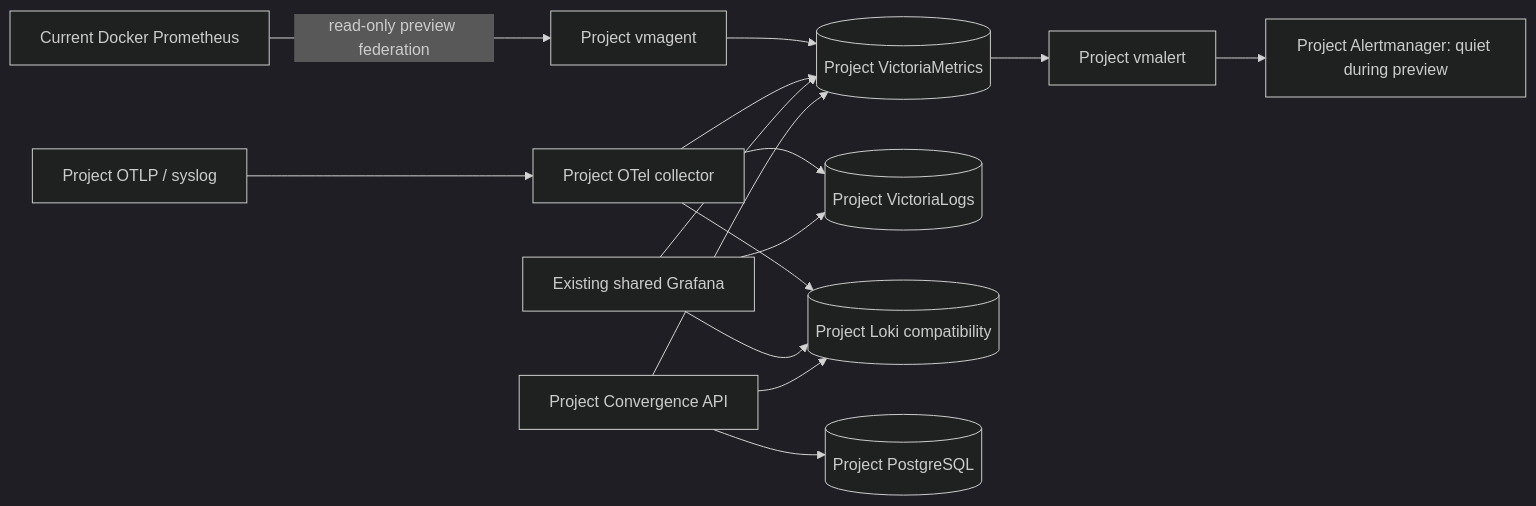
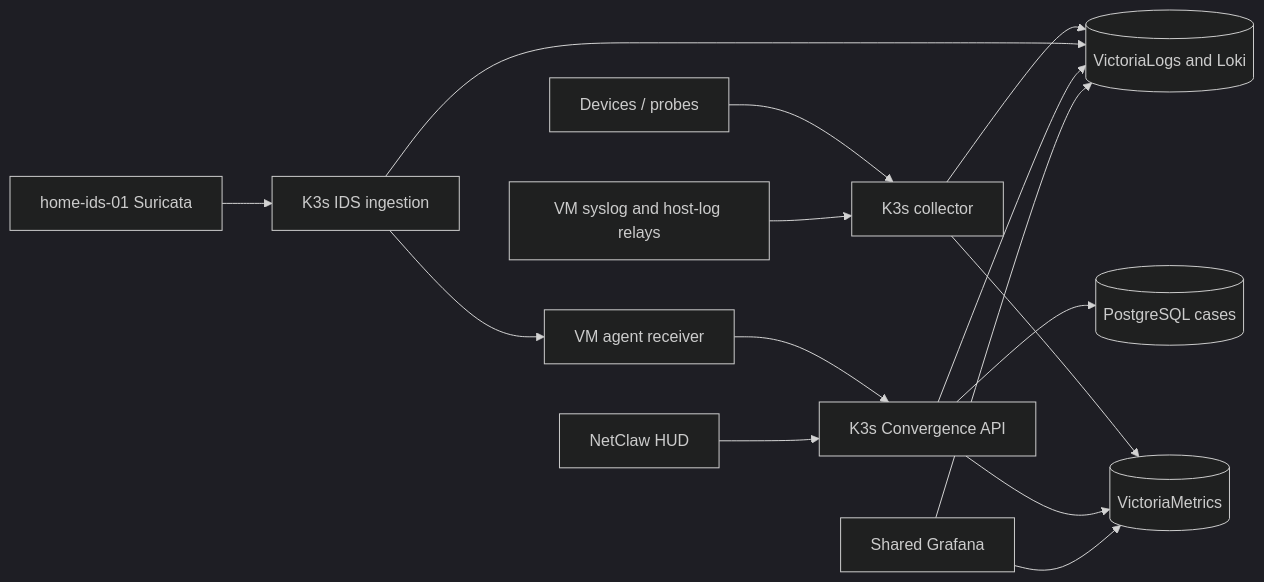
One commit to byrn-baker/netclaw-convergence changed the diagram in deploy/helm/README.md. Above: the diagram before and after it, drawn with Mermaid (dark theme). The commit also changed other lines of this file and 27 other files, not shown here.

````diff
--- a/deploy/helm/README.md
+++ b/deploy/helm/README.md
@@ -16,17 +17,17 @@
 ```mermaid
 flowchart LR
-  D[Current Docker Prometheus] -->|read-only preview federation| A[Project vmagent]
-  A --> M[(Project VictoriaMetrics)]
-  T[Project OTLP / syslog] --> O[Project OTel collector]
-  O --> L[(Project VictoriaLogs)]
-  O --> K[(Project Loki compatibility)]
-  O --> M
-  M --> R[Project vmalert]
-  R --> Q[Project Alertmanager: quiet during preview]
-  G[Existing shared Grafana] --> M
+  D[Devices / probes] --> O[K3s collector]
+  H[VM syslog and host-log relays] --> O
+  S[home-ids-01 Suricata] --> I[K3s IDS ingestion]
+  O --> M[(VictoriaMetrics)]
+  O --> L[(VictoriaLogs and Loki)]
+  I --> L
+  I --> A[VM agent receiver]
+  A --> C[K3s Convergence API]
+  C --> P[(PostgreSQL cases)]
+  U[NetClaw HUD] --> C
+  C --> M
+  C --> L
+  G[Shared Grafana] --> M
   G --> L
-  G --> K
-  C[Project Convergence API] --> M
-  C --> K
-  C --> P[(Project PostgreSQL)]
 ```
````
